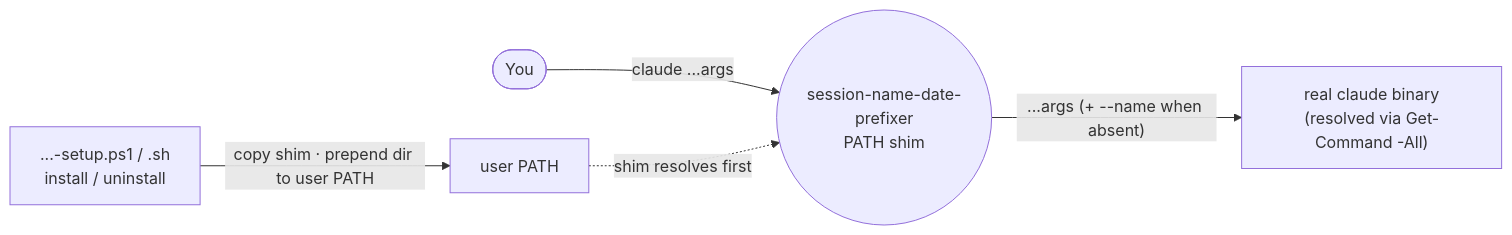
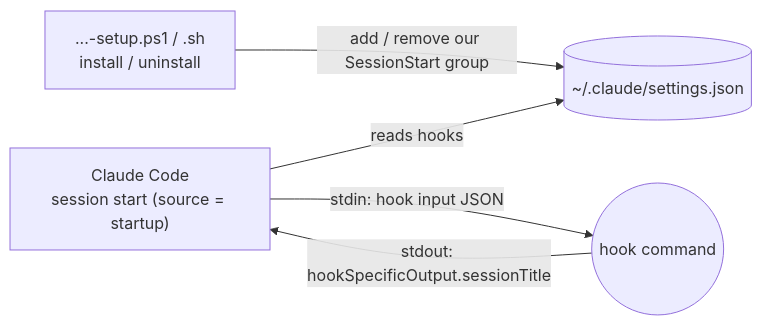
One commit to cheneeheng/claude-code-command-center changed the first of 4 diagrams in tools/session-name-date-prefixer/product/ARCHITECTURE.md. Above: the diagram before and after it, drawn with Mermaid. The commit also changed other lines of this file and 12 other files, not shown here.

First line of the commit message:
feat(session-name-date-prefixer)!: name sessions with a SessionStart hook

````diff
--- a/tools/session-name-date-prefixer/product/ARCHITECTURE.md
+++ b/tools/session-name-date-prefixer/product/ARCHITECTURE.md
@@ -12,7 +12,7 @@
 ```mermaid
 flowchart LR
-    you([You]) -->|"claude ...args"| wrap((session-name-date-prefixer<br/>PATH shim))
-    wrap -->|"...args (+ --name when absent)"| real["real claude binary<br/>(resolved via Get-Command -All)"]
-    setup["...-setup.ps1 / .sh<br/>install / uninstall"] -->|"copy shim · prepend dir to user PATH"| path["user PATH"]
-    path -. shim resolves first .-> wrap
+    setup["...-setup.ps1 / .sh<br/>install / uninstall"] -->|"add / remove our SessionStart group"| settings[("~/.claude/settings.json")]
+    cc["Claude Code<br/>session start (source = startup)"] -->|reads hooks| settings
+    cc -->|"stdin: hook input JSON"| hook(("hook command"))
+    hook -->|"stdout: hookSpecificOutput.sessionTitle"| cc
 ```
````
